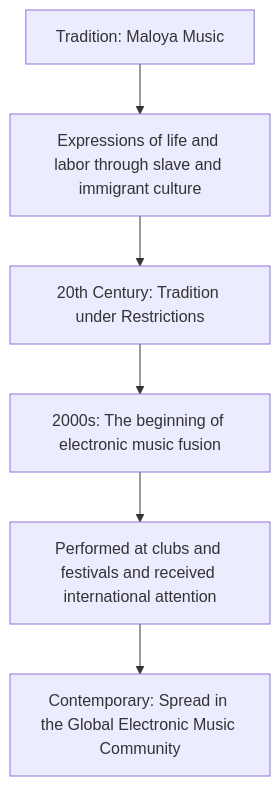
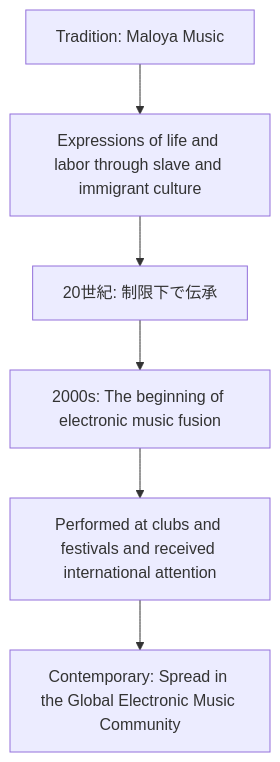
Before and after one commit to monumental-movement/monumental-movement.github.io: the fifth of 6 diagrams in en/_posts/2025-10-04-Column-Nyege-Nyege.md, drawn with Mermaid. The commit also changed other lines of this file and 395 other files, not shown here.

```diff
--- a/en/_posts/2025-10-04-Column-Nyege-Nyege.md
+++ b/en/_posts/2025-10-04-Column-Nyege-Nyege.md
@@ -249,10 +249,10 @@
 <div class="mermaid">
 
 flowchart TD
     A["Tradition: Maloya Music"] --> B["Expressions of life and labor through slave and immigrant culture"]
-    B --> C["20th Century: Tradition under Restrictions"]
+    B --> C["20世紀: 制限下で伝承"]
     C --> D["2000s: The beginning of electronic music fusion"]
     D --> E["Performed at clubs and festivals and received international attention"]
     E --> F["Contemporary: Spread in the Global Electronic Music Community"]
 
 </div>
```
